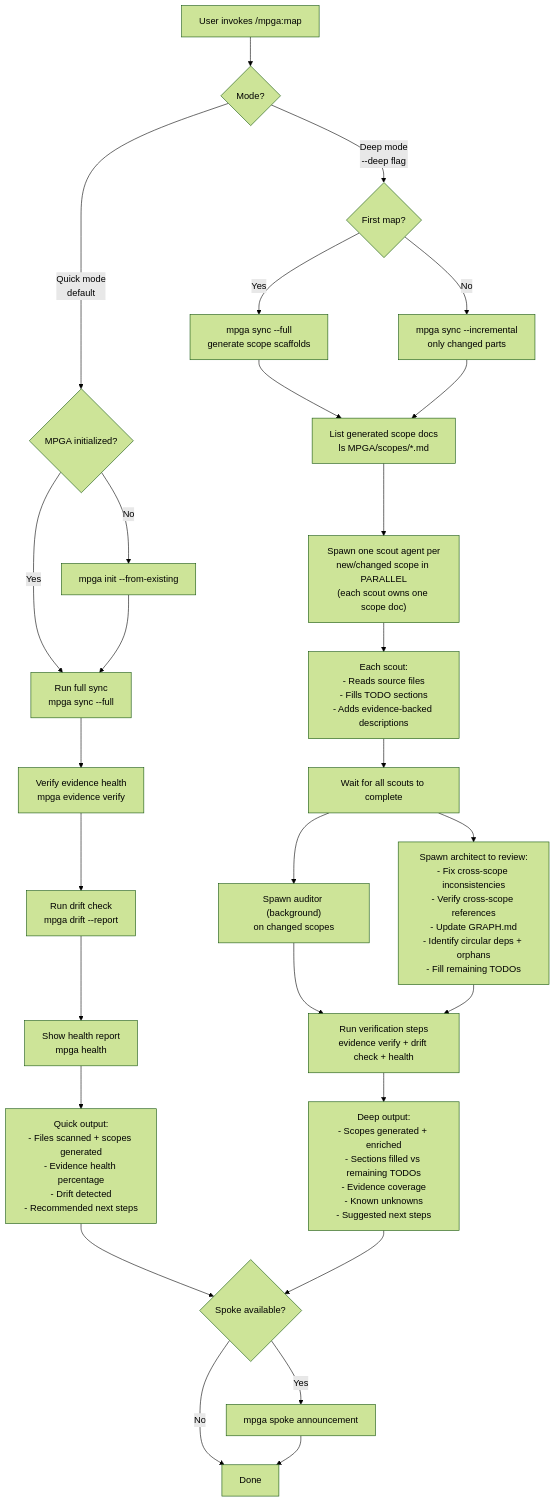
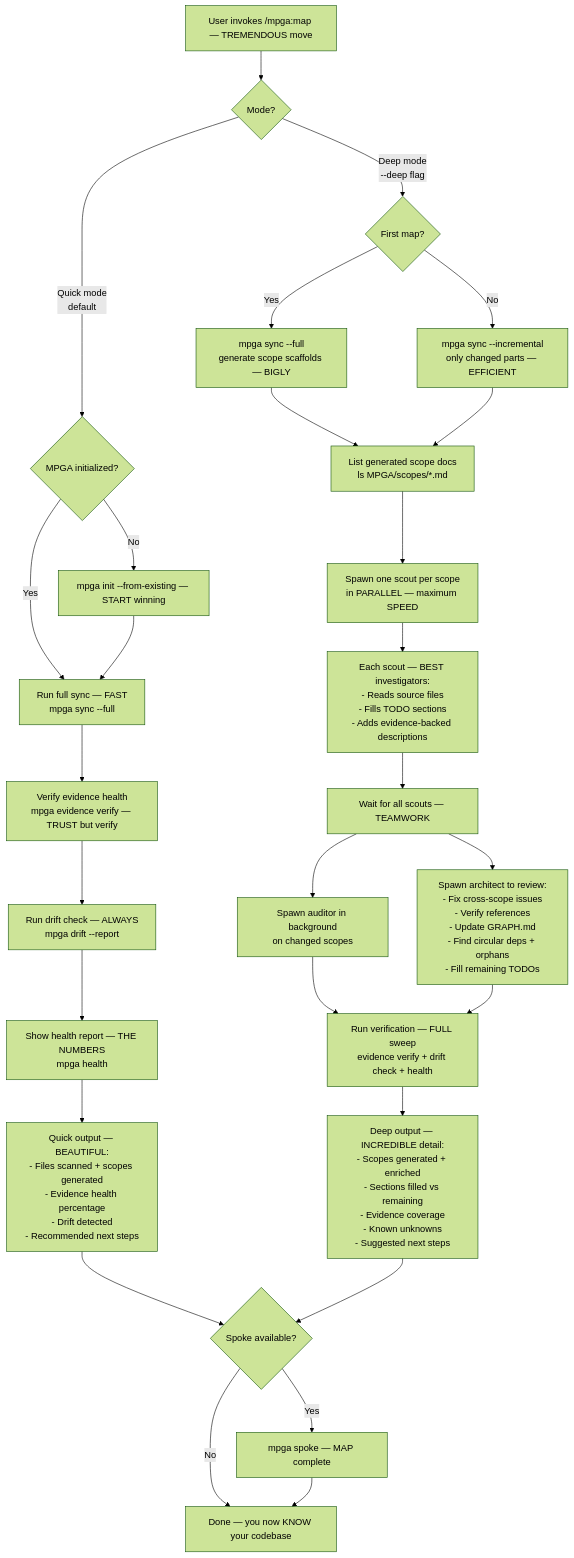
The diagram in docs/diagrams/skills/map-codebase.md (benrben/MPGA), drawn with Mermaid (forest theme) before and after one commit. The commit also changed other lines of this file and 28 other files, not shown here.

First line of the commit message:
style: Trumpify all workflow diagrams — TREMENDOUS Mermaid charts

````diff
--- a/docs/diagrams/skills/map-codebase.md
+++ b/docs/diagrams/skills/map-codebase.md
@@ -5,33 +5,33 @@
 ```mermaid
 flowchart TD
-    A[User invokes /mpga:map] --> B{Mode?}
+    A[User invokes /mpga:map — TREMENDOUS move] --> B{Mode?}
 
     B -->|Quick mode\ndefault| C{MPGA initialized?}
-    C -->|No| D[mpga init --from-existing]
-    C -->|Yes| E[Run full sync\nmpga sync --full]
+    C -->|No| D[mpga init --from-existing — START winning]
+    C -->|Yes| E[Run full sync — FAST\nmpga sync --full]
     D --> E
-    E --> F[Verify evidence health\nmpga evidence verify]
-    F --> G[Run drift check\nmpga drift --report]
-    G --> H[Show health report\nmpga health]
-    H --> I["Quick output:\n- Files scanned + scopes generated\n- Evidence health percentage\n- Drift detected\n- Recommended next steps"]
+    E --> F[Verify evidence health\nmpga evidence verify — TRUST but verify]
+    F --> G[Run drift check — ALWAYS\nmpga drift --report]
+    G --> H[Show health report — THE NUMBERS\nmpga health]
+    H --> I["Quick output — BEAUTIFUL:\n- Files scanned + scopes generated\n- Evidence health percentage\n- Drift detected\n- Recommended next steps"]
 
     B -->|Deep mode\n--deep flag| J{First map?}
-    J -->|Yes| K[mpga sync --full\ngenerate scope scaffolds]
-    J -->|No| L[mpga sync --incremental\nonly changed parts]
+    J -->|Yes| K[mpga sync --full\ngenerate scope scaffolds — BIGLY]
+    J -->|No| L[mpga sync --incremental\nonly changed parts — EFFICIENT]
     K --> M[List generated scope docs\nls MPGA/scopes/*.md]
     L --> M
-    M --> N["Spawn one scout agent per\nnew/changed scope in PARALLEL\n(each scout owns one scope doc)"]
-    N --> O["Each scout:\n- Reads source files\n- Fills TODO sections\n- Adds evidence-backed descriptions"]
-    O --> P[Wait for all scouts to complete]
-    P --> Q["Spawn auditor (background)\non changed scopes"]
-    P --> R["Spawn architect to review:\n- Fix cross-scope inconsistencies\n- Verify cross-scope references\n- Update GRAPH.md\n- Identify circular deps + orphans\n- Fill remaining TODOs"]
-    Q --> S[Run verification steps\nevidence verify + drift check + health]
+    M --> N["Spawn one scout per scope\nin PARALLEL — maximum SPEED"]
+    N --> O["Each scout — BEST investigators:\n- Reads source files\n- Fills TODO sections\n- Adds evidence-backed descriptions"]
+    O --> P[Wait for all scouts — TEAMWORK]
+    P --> Q["Spawn auditor in background\non changed scopes"]
+    P --> R["Spawn architect to review:\n- Fix cross-scope issues\n- Verify references\n- Update GRAPH.md\n- Find circular deps + orphans\n- Fill remaining TODOs"]
+    Q --> S[Run verification — FULL sweep\nevidence verify + drift check + health]
     R --> S
-    S --> T["Deep output:\n- Scopes generated + enriched\n- Sections filled vs remaining TODOs\n- Evidence coverage\n- Known unknowns\n- Suggested next steps"]
+    S --> T["Deep output — INCREDIBLE detail:\n- Scopes generated + enriched\n- Sections filled vs remaining\n- Evidence coverage\n- Known unknowns\n- Suggested next steps"]
 
     I --> U{Spoke available?}
     T --> U
-    U -->|Yes| V[mpga spoke announcement]
-    U -->|No| W[Done]
+    U -->|Yes| V[mpga spoke — MAP complete]
+    U -->|No| W[Done — you now KNOW your codebase]
     V --> W
 ```
````
